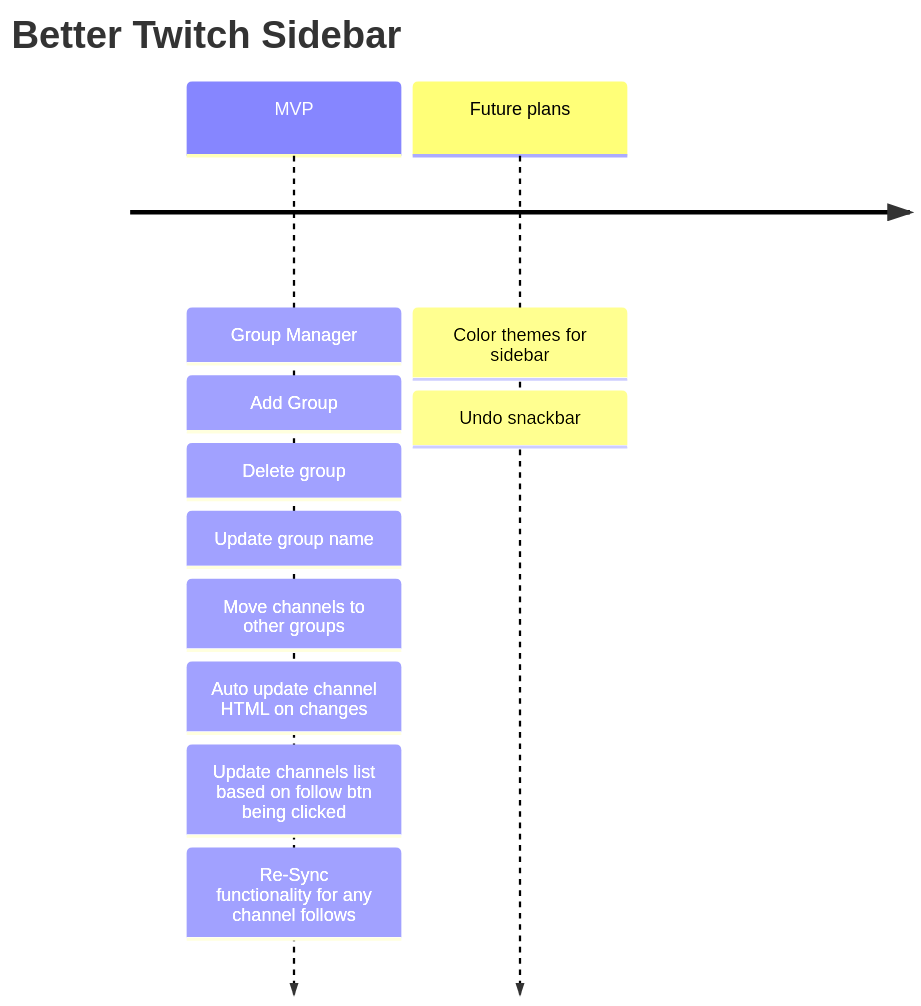
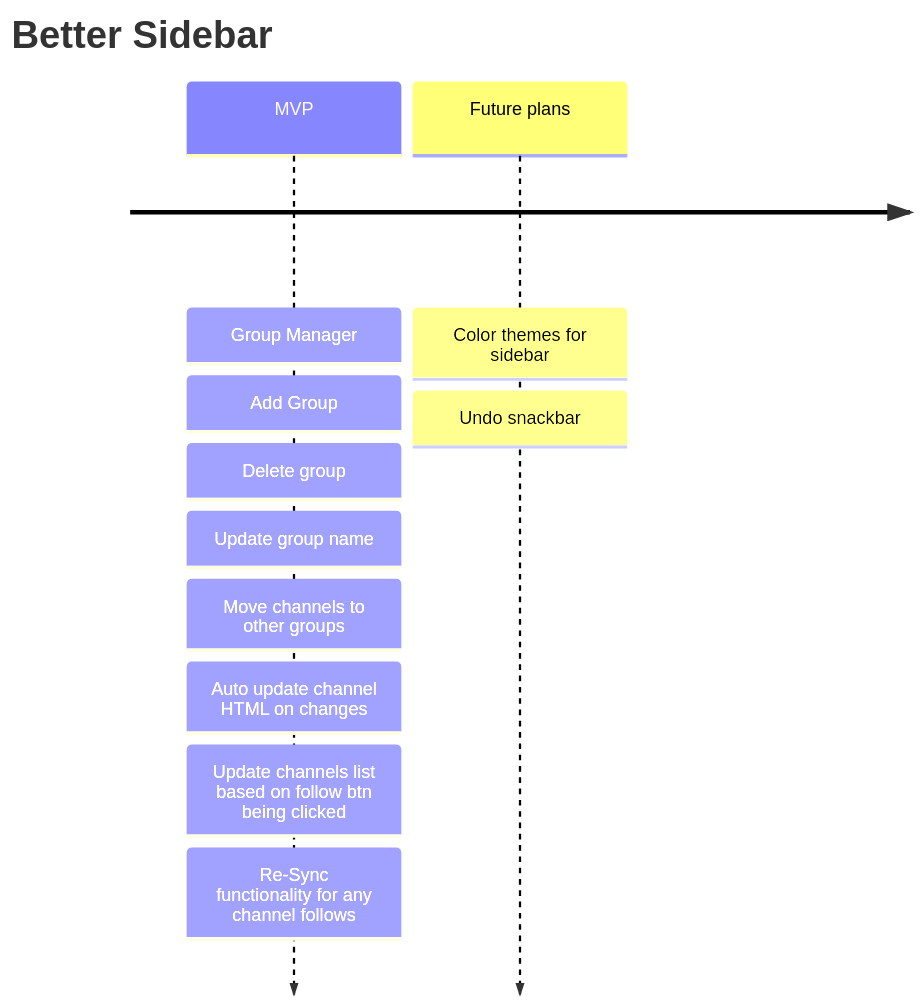
One commit to clgerhardt/better-twitch-sidebar-extension changed the diagram in README.md. Above: the diagram before and after it, drawn with Mermaid. The commit also changed other lines of this file and 8 other files, not shown here.

First line of the commit message:
chore: rename the extension to Better Sidebar and remove Twitch's logos

````diff
--- a/README.md
+++ b/README.md
@@ -57,16 +57,16 @@
 ```mermaid
 timeline
-    title Better Twitch Sidebar
+    title Better Sidebar
     MVP
          : Group Manager
          : Add Group
          : Delete group
          : Update group name
          : Move channels to other groups
          : Auto update channel HTML on changes
          : Update channels list based on follow btn being clicked
          : Re-Sync functionality for any channel follows 
     Future plans 
          : Color themes for sidebar
          : Undo snackbar
 ```
````
